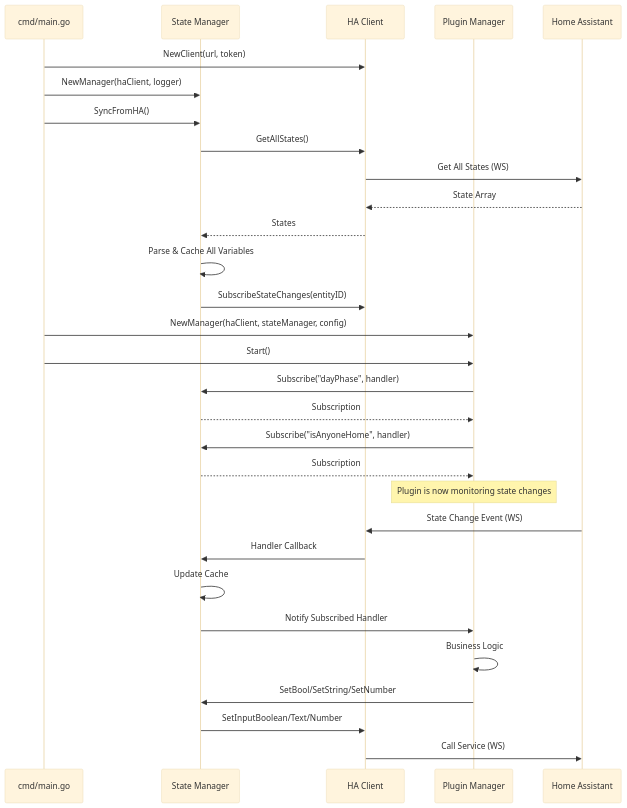
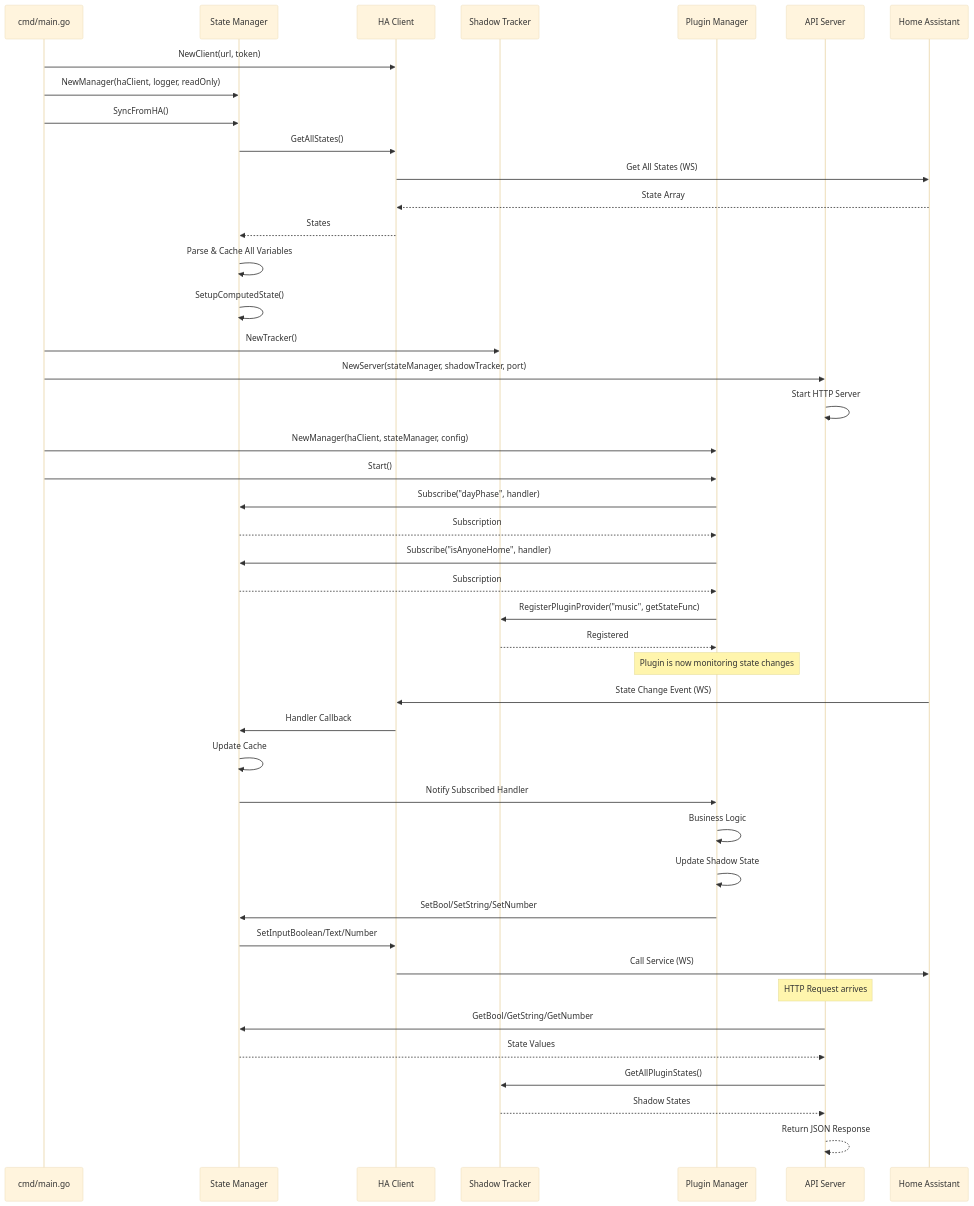
One commit to NickBorgersOnLowSecurityNode/home-automation changed the second of 14 diagrams in docs/architecture/VISUAL_ARCHITECTURE.md. Above: the diagram before and after it, drawn with Mermaid (base theme). The commit also changed other lines of this file and 3 other files, not shown here.

First line of the commit message:
docs: Update VISUAL_ARCHITECTURE.md and add Mermaid validation

````diff
--- a/docs/architecture/VISUAL_ARCHITECTURE.md
+++ b/docs/architecture/VISUAL_ARCHITECTURE.md
@@ -113,38 +153,55 @@
 ```mermaid
 sequenceDiagram
     participant Main as cmd/main.go
     participant SM as State Manager
     participant HAC as HA Client
+    participant ST as Shadow Tracker
     participant Plugin as Plugin Manager
+    participant API as API Server
     participant HA as Home Assistant
 
     Main->>HAC: NewClient(url, token)
-    Main->>SM: NewManager(haClient, logger)
+    Main->>SM: NewManager(haClient, logger, readOnly)
     Main->>SM: SyncFromHA()
     SM->>HAC: GetAllStates()
     HAC->>HA: Get All States (WS)
     HA-->>HAC: State Array
     HAC-->>SM: States
     SM->>SM: Parse & Cache All Variables
-    SM->>HAC: SubscribeStateChanges(entityID)
+    SM->>SM: SetupComputedState()
+
+    Main->>ST: NewTracker()
+    Main->>API: NewServer(stateManager, shadowTracker, port)
+    API->>API: Start HTTP Server
 
     Main->>Plugin: NewManager(haClient, stateManager, config)
     Main->>Plugin: Start()
 
     Plugin->>SM: Subscribe("dayPhase", handler)
     SM-->>Plugin: Subscription
 
     Plugin->>SM: Subscribe("isAnyoneHome", handler)
     SM-->>Plugin: Subscription
 
+    Plugin->>ST: RegisterPluginProvider("music", getStateFunc)
+    ST-->>Plugin: Registered
+
     Note over Plugin: Plugin is now monitoring state changes
 
     HA->>HAC: State Change Event (WS)
     HAC->>SM: Handler Callback
     SM->>SM: Update Cache
     SM->>Plugin: Notify Subscribed Handler
     Plugin->>Plugin: Business Logic
+    Plugin->>Plugin: Update Shadow State
     Plugin->>SM: SetBool/SetString/SetNumber
     SM->>HAC: SetInputBoolean/Text/Number
     HAC->>HA: Call Service (WS)
+
+    Note over API: HTTP Request arrives
+    API->>SM: GetBool/GetString/GetNumber
+    SM-->>API: State Values
+    API->>ST: GetAllPluginStates()
+    ST-->>API: Shadow States
+    API-->>API: Return JSON Response
 ```
````
